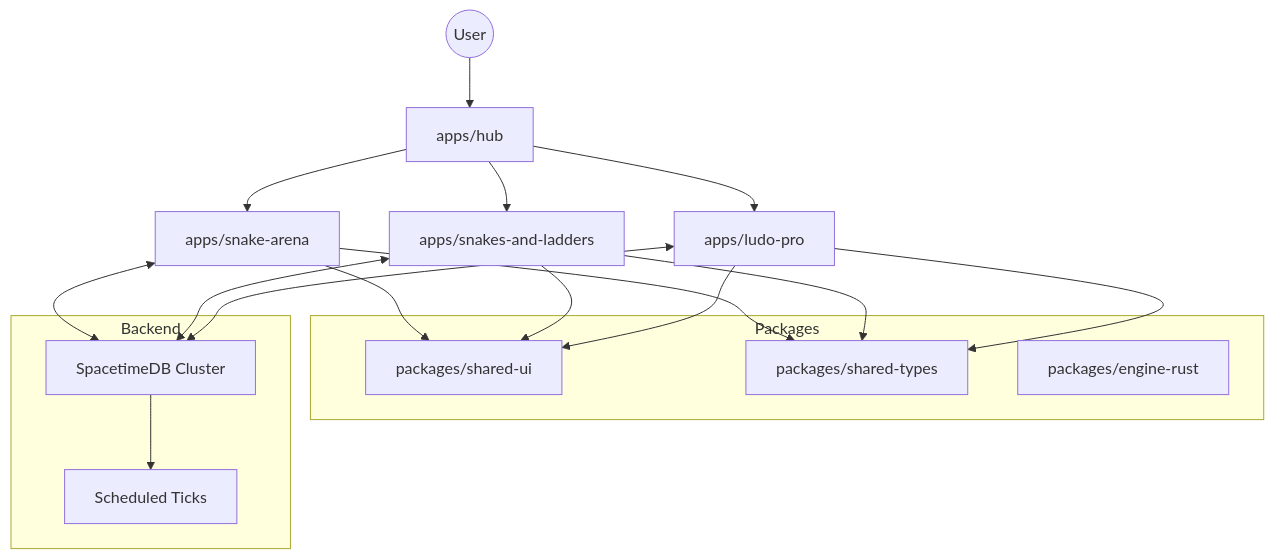
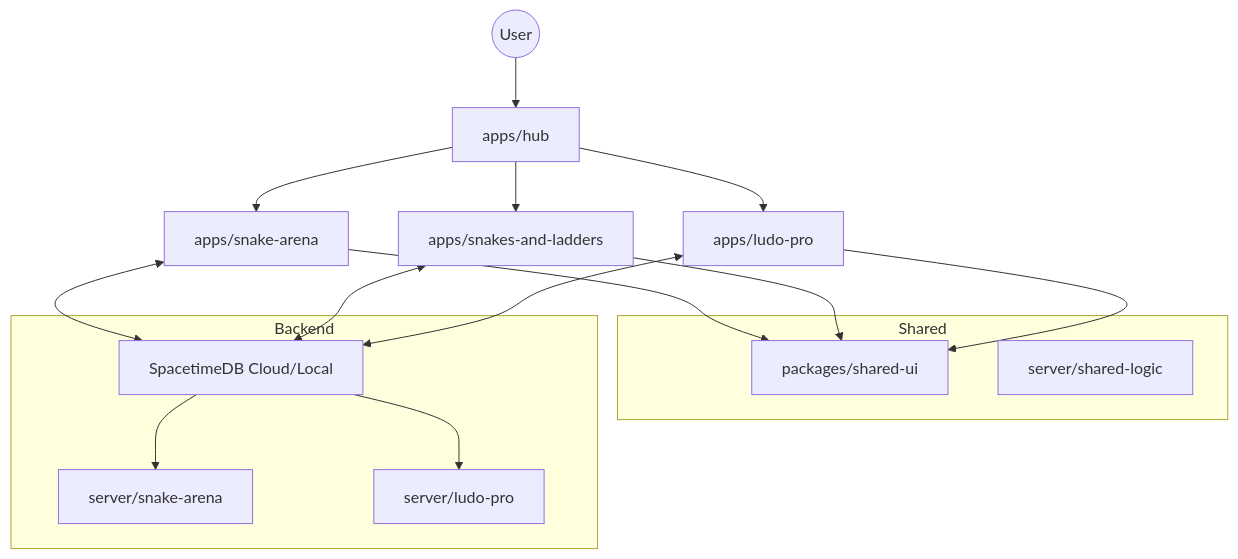
One commit to Ashborn-047/classic-games-collection changed the diagram in README.md. Above: the diagram before and after it, drawn with Mermaid. The commit also changed other lines of this file and 2 other files, not shown here.

First line of the commit message:
docs: update README architecture and add contribution standards

````diff
--- a/README.md
+++ b/README.md
@@ -28,22 +33,22 @@
 ```mermaid
 graph TD
     User((User)) --> Hub[apps/hub]
     Hub --> Snake[apps/snake-arena]
     Hub --> SL[apps/snakes-and-ladders]
     Hub --> Ludo[apps/ludo-pro]
     
-    subgraph Packages
-        SharedUI[packages/shared-ui]
-        SharedTypes[packages/shared-types]
-        EngineRust[packages/engine-rust]
+    subgraph Shared
+        UI[packages/shared-ui]
+        Logic[server/shared-logic]
     end
     
     subgraph Backend
-        STDB[SpacetimeDB Cluster]
-        Tick[Scheduled Ticks]
-        STDB --> Tick
+        STDB[SpacetimeDB Cloud/Local]
+        SnakeEngine[server/snake-arena]
+        LudoEngine[server/ludo-pro]
+        STDB --> SnakeEngine & LudoEngine
     end
     
-    Snake & SL & Ludo --> SharedUI & SharedTypes
+    Snake & SL & Ludo --> UI
     Snake & SL & Ludo <--> STDB
 ```
````
